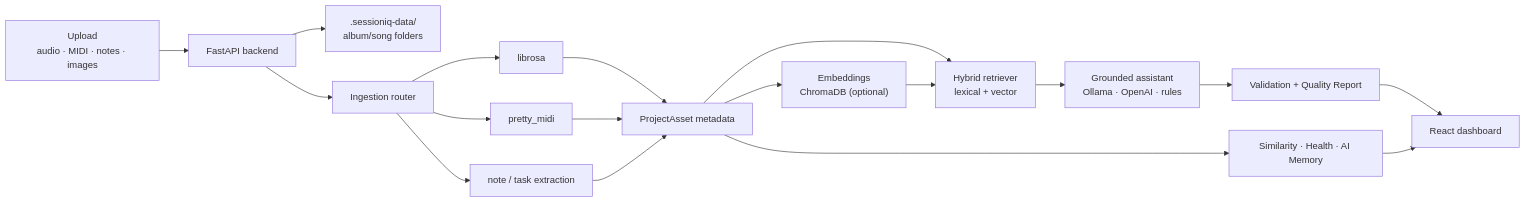
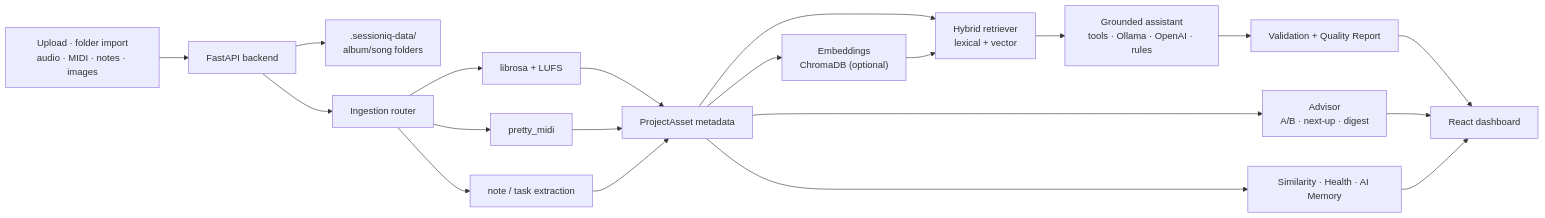
Before and after one commit to xfznprojects/sessioniq: the diagram in README.md, drawn with Mermaid. The commit also changed other lines of this file and 20 other files, not shown here.

First line of the commit message:
Add library advisor, delivery checks, folder import, and background jobs

````diff
--- a/README.md
+++ b/README.md
@@ -136,20 +219,22 @@
 ```mermaid
 flowchart LR
-  U["Upload<br/>audio · MIDI · notes · images"] --> API["FastAPI backend"]
+  U["Upload · folder import<br/>audio · MIDI · notes · images"] --> API["FastAPI backend"]
   API --> STORE[".sessioniq-data/<br/>album/song folders"]
   API --> INGEST["Ingestion router"]
-  INGEST --> AUDIO["librosa"]
+  INGEST --> AUDIO["librosa + LUFS"]
   INGEST --> MIDI["pretty_midi"]
   INGEST --> NOTES["note / task extraction"]
   AUDIO --> META["ProjectAsset metadata"]
   MIDI --> META
   NOTES --> META
   META --> EMB["Embeddings<br/>ChromaDB (optional)"]
   META --> RET["Hybrid retriever<br/>lexical + vector"]
   EMB --> RET
-  RET --> AI["Grounded assistant<br/>Ollama · OpenAI · rules"]
+  RET --> AI["Grounded assistant<br/>tools · Ollama · OpenAI · rules"]
   AI --> VAL["Validation + Quality Report"]
+  META --> ADV["Advisor<br/>A/B · next-up · digest"]
   META --> SIM["Similarity · Health · AI Memory"]
   VAL --> FE["React dashboard"]
+  ADV --> FE
   SIM --> FE
 ```
````
